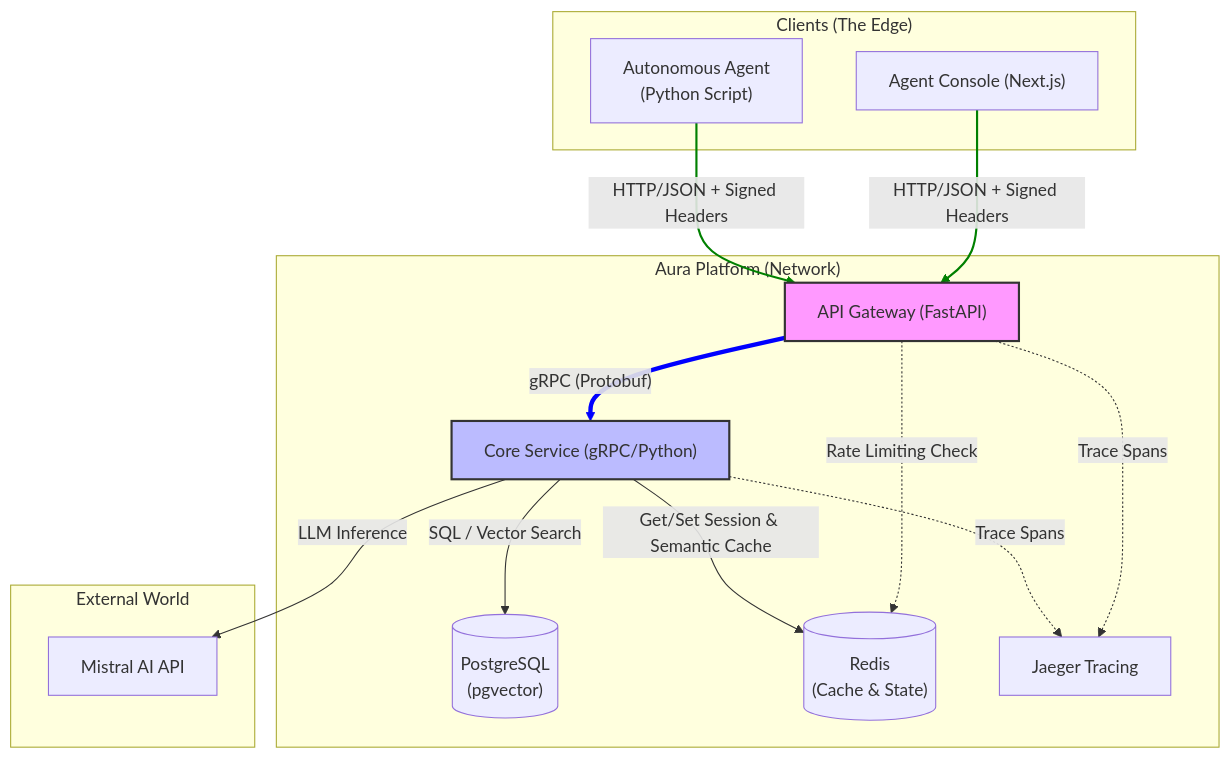
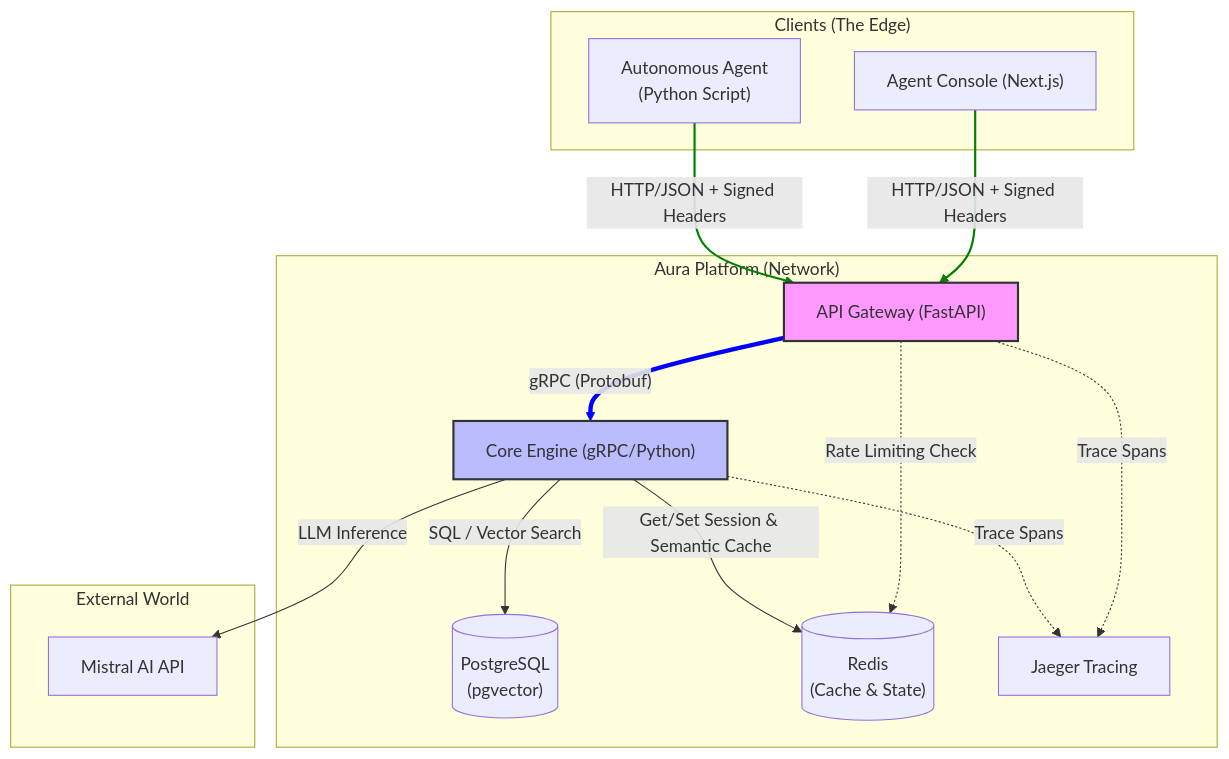
One commit to heldner/aura changed the first of 2 diagrams in docs/ARCHITECTURE.md. Above: the diagram before and after it, drawn with Mermaid. The commit also changed other lines of this file, not shown here.

Commit message:
refactor: update terminology and improve clarity in architecture documentation

````diff
--- a/docs/ARCHITECTURE.md
+++ b/docs/ARCHITECTURE.md
@@ -10,46 +10,46 @@
 ```mermaid
 graph TD
     subgraph Clients ["Clients (The Edge)"]
         Browser["Agent Console (Next.js)"]
         Bot["Autonomous Agent<br>(Python Script)"]
     end
 
     subgraph Infrastructure ["Aura Platform (Network)"]
         
         %% Entry Point
         Gateway["API Gateway (FastAPI)"]
         style Gateway fill:#f9f,stroke:#333,stroke-width:2px
         
         %% The Brain
-        Core["Core Service (gRPC/Python)"]
+        Core["Core Engine (gRPC/Python)"]
         style Core fill:#bbf,stroke:#333,stroke-width:2px
         
         %% Storage Layer
-        DB[("PostgreSQL\n(pgvector)")]
-        Redis[("Redis\n(Cache & State)")]
+        DB[("PostgreSQL<br>(pgvector)")]
+        Redis[("Redis<br>(Cache & State)")]
         
         %% Observability
         Jaeger["Jaeger Tracing"]
     end
     
     subgraph External ["External World"]
         Mistral["Mistral AI API"]
     end
 
     %% Connections
     Browser -- "HTTP/JSON + Signed Headers" --> Gateway
     Bot -- "HTTP/JSON + Signed Headers" --> Gateway
     
     Gateway -- "gRPC (Protobuf)" --> Core
     Gateway -. "Rate Limiting Check" -.-> Redis
     Gateway -. "Trace Spans" -.-> Jaeger
 
     Core -- "SQL / Vector Search" --> DB
     Core -- "Get/Set Session & Semantic Cache" --> Redis
     Core -- "LLM Inference" --> Mistral
     Core -. "Trace Spans" -.-> Jaeger
 
     %% Key
     linkStyle 0,1 stroke-width:2px,fill:none,stroke:green;
     linkStyle 2 stroke-width:4px,fill:none,stroke:blue;
 ```
````
